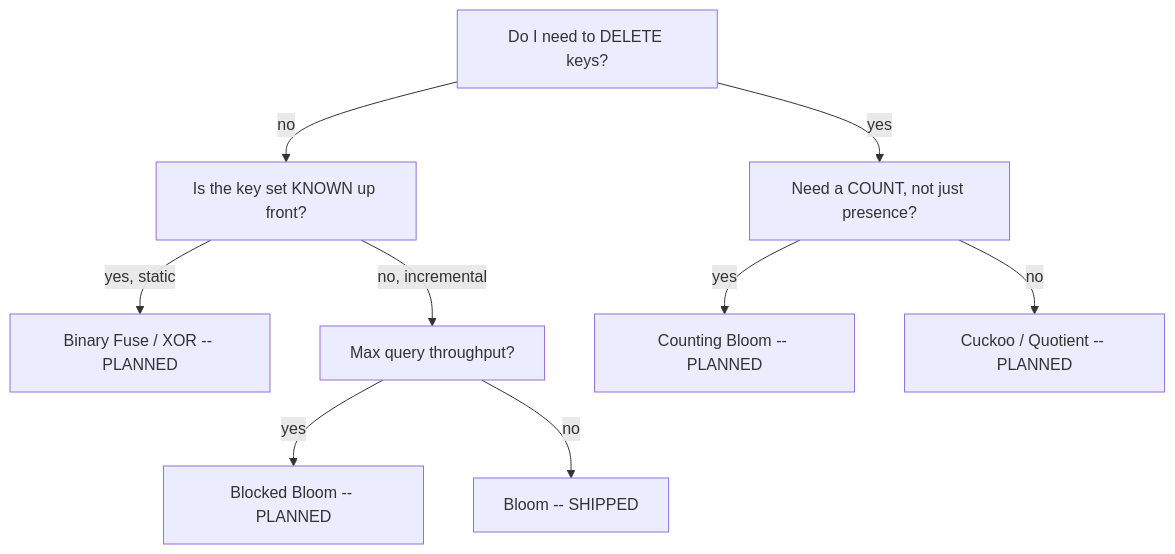
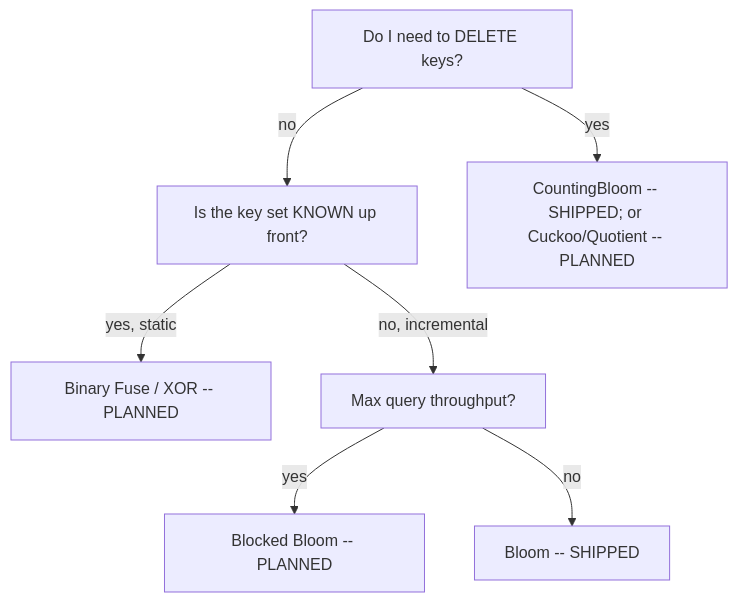
Before and after one commit to PeshoVurtoleta/lite-filter: the diagram in GUIDE.md, drawn with Mermaid. The commit also changed other lines of this file and 21 other files, not shown here.

````diff
--- a/GUIDE.md
+++ b/GUIDE.md
@@ -38,11 +38,9 @@
 ```mermaid
 flowchart TD
     A[Do I need to DELETE keys?] -->|no| B[Is the key set KNOWN up front?]
-    A -->|yes| C[Need a COUNT, not just presence?]
+    A -->|yes| C[CountingBloom -- SHIPPED; or Cuckoo/Quotient -- PLANNED]
     B -->|yes, static| D[Binary Fuse / XOR -- PLANNED]
     B -->|no, incremental| E[Max query throughput?]
     E -->|yes| F[Blocked Bloom -- PLANNED]
     E -->|no| G[Bloom -- SHIPPED]
-    C -->|yes| H[Counting Bloom -- PLANNED]
-    C -->|no| I[Cuckoo / Quotient -- PLANNED]
 ```
````
